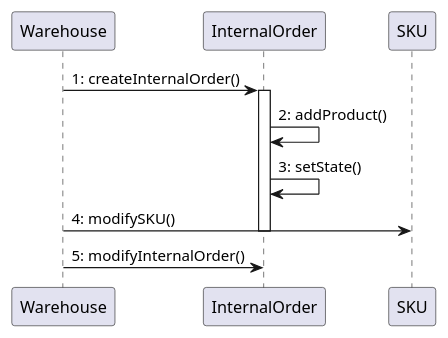
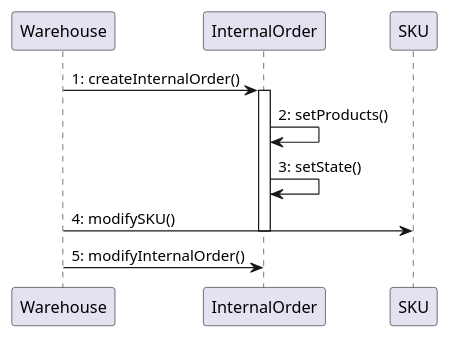
Before and after one commit to salvatorecurello/EzWharehouse: the second of 5 diagrams in DesignDocument.md, drawn with PlantUML. The commit also changed other lines of this file and 1 other file, not shown here.

````diff
--- a/DesignDocument.md
+++ b/DesignDocument.md
@@ -324,11 +323,11 @@
 ```plantuml
 @startuml
 Warehouse -> InternalOrder: 1: createInternalOrder()
 activate InternalOrder
-InternalOrder -> InternalOrder: 2: addProduct()
+InternalOrder -> InternalOrder: 2: setProducts()
 InternalOrder -> InternalOrder: 3: setState()
 Warehouse -> SKU: 4: modifySKU()
 deactivate InternalOrder
 Warehouse -> InternalOrder: 5: modifyInternalOrder()
 @enduml
 ```
````
